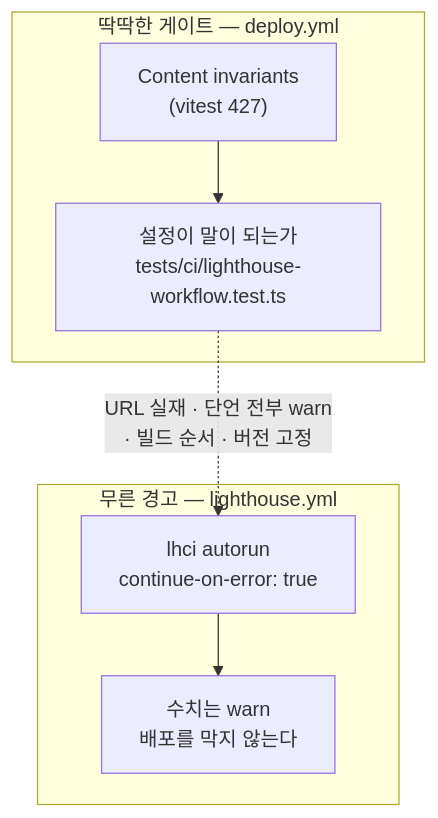
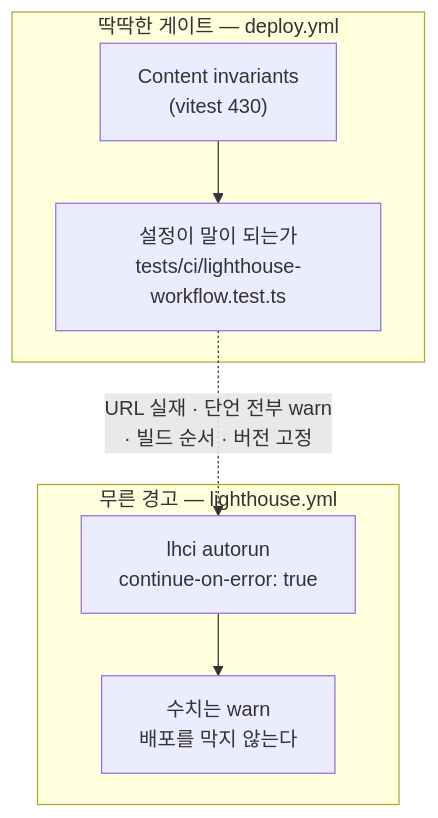
One commit to withwooyong/withwooyong.github.io changed the diagram in docs/superpowers/reports/2026-08-28-t15-lighthouse.md. Above: the diagram before and after it, drawn with Mermaid. The commit also changed other lines of this file and 5 other files, not shown here.

````diff
--- a/docs/superpowers/reports/2026-08-28-t15-lighthouse.md
+++ b/docs/superpowers/reports/2026-08-28-t15-lighthouse.md
@@ -10,10 +10,10 @@
 ```mermaid
 flowchart TB
     subgraph 딱딱["딱딱한 게이트 — deploy.yml"]
-        DEP["Content invariants<br/>(vitest 427)"] --> CFG["설정이 말이 되는가<br/>tests/ci/lighthouse-workflow.test.ts"]
+        DEP["Content invariants<br/>(vitest 430)"] --> CFG["설정이 말이 되는가<br/>tests/ci/lighthouse-workflow.test.ts"]
     end
     subgraph 무른["무른 경고 — lighthouse.yml"]
         LH["lhci autorun<br/>continue-on-error: true"] --> NUM["수치는 warn<br/>배포를 막지 않는다"]
     end
     CFG -.->|"URL 실재 · 단언 전부 warn<br/>· 빌드 순서 · 버전 고정"| LH
 ```
````
